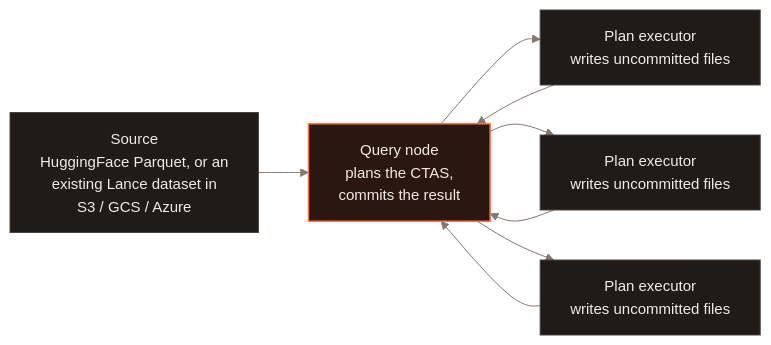
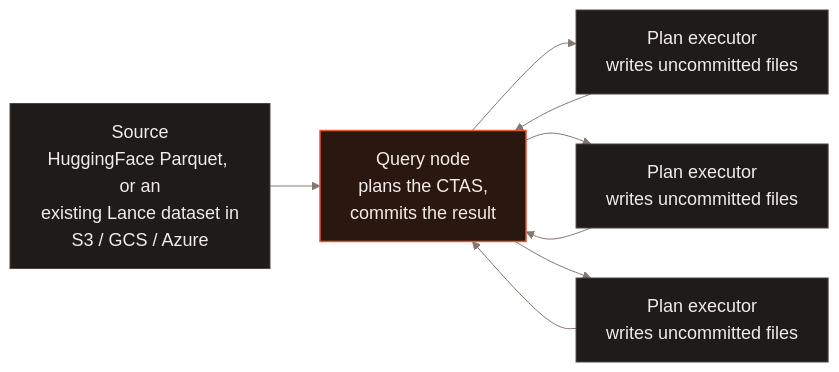
One commit to lancedb/lancedb changed the first of 2 diagrams in docs/web/enterprise/distributed-write.mdx. Above: the diagram before and after it, drawn with Mermaid. The commit also changed other lines of this file and 18 other files, not shown here.

First line of the commit message:
style: increase Mermaid diagram font size and tone down dark-mode accent borders

````diff
--- a/docs/web/enterprise/distributed-write.mdx
+++ b/docs/web/enterprise/distributed-write.mdx
@@ -22,24 +22,24 @@
 ```mermaid
 %%{init: {"theme": "base", "themeVariables": {
   "background": "#171513", "primaryColor": "#1e1b19", "primaryTextColor": "#f4ebe8",
   "primaryBorderColor": "#4c443f", "lineColor": "#847770", "textColor": "#f4ebe8",
-  "edgeLabelBackground": "#171513", "fontFamily": "Inter, sans-serif", "fontSize": "15px"
+  "edgeLabelBackground": "#171513", "fontFamily": "Inter, sans-serif", "fontSize": "18px"
 }}}%%
 flowchart LR
     S["Source<br/>HuggingFace Parquet, or an<br/>existing Lance dataset in<br/>S3 / GCS / Azure"]
     Q["Query node<br/>plans the CTAS,<br/>commits the result"]
     PE1["Plan executor<br/>writes uncommitted files"]
     PE2["Plan executor<br/>writes uncommitted files"]
     PE3["Plan executor<br/>writes uncommitted files"]
 
     S --> Q
     Q --> PE1
     Q --> PE2
     Q --> PE3
     PE1 --> Q
     PE2 --> Q
     PE3 --> Q
     classDef default fill:#1e1b19,stroke:#4c443f,stroke-width:1px,color:#f4ebe8
-    classDef accent fill:#2a1810,stroke:#ff734a,stroke-width:1.5px,color:#f4ebe8
+    classDef accent fill:#2a1810,stroke:#e8582d,stroke-width:1.5px,color:#f4ebe8
     class Q accent
 ```
````
